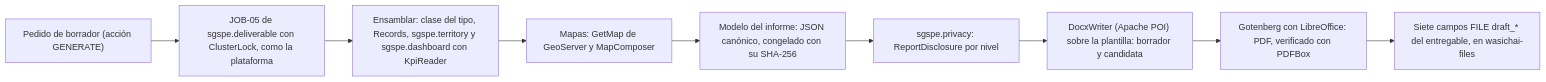
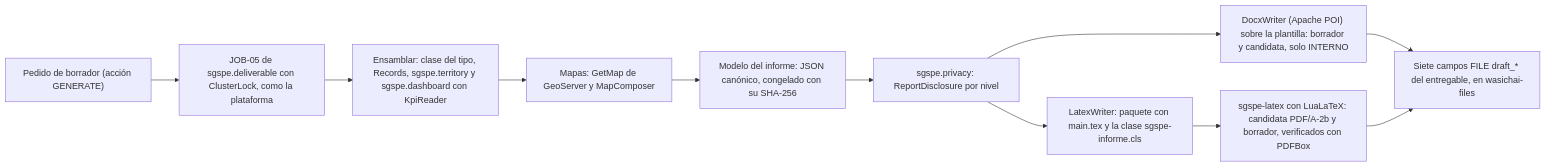
The first of 3 diagrams in docs/deliverables.md (wasichai/sgspe), drawn with Mermaid before and after one commit. The commit also changed other lines of this file and 15 other files, not shown here.

First line of the commit message:
docs(deliverable): PDF de imprenta con LuaLaTeX y DOCX con diseño editorial

````diff
--- a/docs/deliverables.md
+++ b/docs/deliverables.md
@@ -261,11 +262,13 @@
 ```mermaid
 flowchart LR
     REQ["Pedido de borrador (acción GENERATE)"] --> W["JOB-05 de sgspe.deliverable con ClusterLock, como la plataforma"]
     W --> A["Ensamblar: clase del tipo, Records, sgspe.territory y sgspe.dashboard con KpiReader"]
     A --> MP["Mapas: GetMap de GeoServer y MapComposer"]
     MP --> M["Modelo del informe: JSON canónico, congelado con su SHA-256"]
     M --> L["sgspe.privacy: ReportDisclosure por nivel"]
-    L --> X["DocxWriter (Apache POI) sobre la plantilla: borrador y candidata"]
-    X --> G["Gotenberg con LibreOffice: PDF, verificado con PDFBox"]
-    G --> F["Siete campos FILE draft_* del entregable, en wasichai-files"]
+    L --> X["DocxWriter (Apache POI) sobre la plantilla: borrador y candidata, solo INTERNO"]
+    L --> T["LatexWriter: paquete con main.tex y la clase sgspe-informe.cls"]
+    T --> G["sgspe-latex con LuaLaTeX: candidata PDF/A-2b y borrador, verificados con PDFBox"]
+    X --> F["Siete campos FILE draft_* del entregable, en wasichai-files"]
+    G --> F
 ```
````
